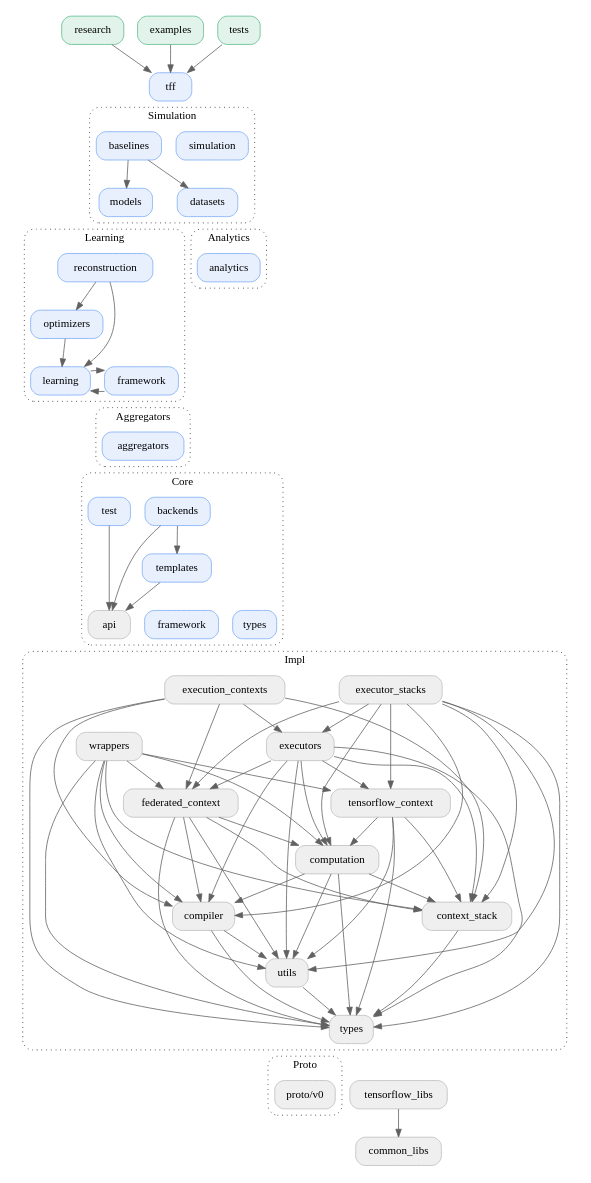
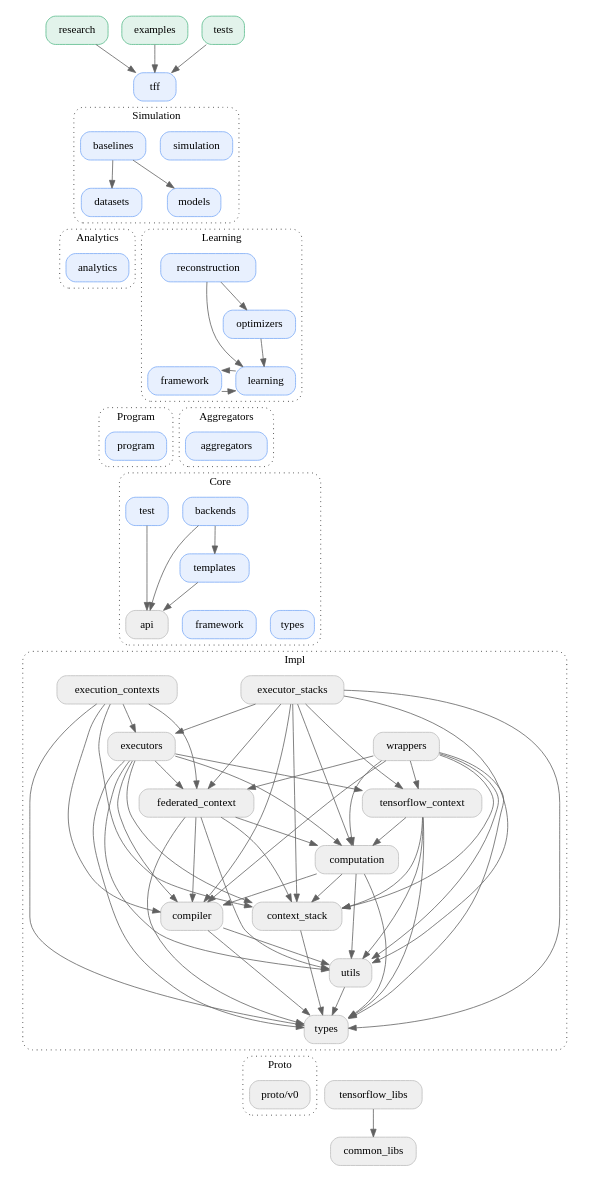
Before and after one commit to google-parfait/tensorflow-federated: the diagram in docs/design/package_structure.dot, drawn with Graphviz. The commit also changed 4 other files, not shown here.

```diff
--- a/docs/design/package_structure.dot
+++ b/docs/design/package_structure.dot
@@ -23,8 +23,6 @@
   simulation_baselines -> simulation_models
   simulation_baselines -> simulation_datasets
 
-  simulation_models -> learning_framework [arrowhead="none", style="invisible"]
-  simulation_models -> learning_optimizers [arrowhead="none", style="invisible"]
   simulation_models -> learning_reconstruction [arrowhead="none", style="invisible"]
   simulation_datasets -> analytics [arrowhead="none", style="invisible"]
 
@@ -44,6 +42,7 @@
   learning_framework -> learning [dir=back]
 
   learning -> aggregators [arrowhead="none", style="invisible"]
+  learning -> program [arrowhead="none", style="invisible"]
 
   subgraph cluster_learning {
     graph [label="Learning", href="https://github.com/tensorflow/federated/blob/main/tensorflow_federated/python/learning" target="_parent"]
@@ -55,6 +54,7 @@
 
   // Analytics
   analytics -> aggregators [arrowhead="none", style="invisible"]
+  analytics -> program [arrowhead="none", style="invisible"]
 
   subgraph cluster_analytics {
     graph [label="Analytics", href="https://github.com/tensorflow/federated/blob/main/tensorflow_federated/python/analytics" target="_parent"]
@@ -68,6 +68,15 @@
   subgraph cluster_aggregators {
     graph [label="Aggregators", href="https://github.com/tensorflow/federated/blob/main/tensorflow_federated/python/aggregators" target="_parent"]
     aggregators [href="https://github.com/tensorflow/federated/blob/main/tensorflow_federated/python/aggregators" target="_parent", fillcolor="#E8F0FE", color="#7BAAF7"]
+  }
+
+  // Program
+  program -> core_backends [arrowhead="none", style="invisible"]
+  program -> core_test [arrowhead="none", style="invisible"]
+
+  subgraph cluster_program {
+    graph [label="Program", href="https://github.com/tensorflow/federated/blob/main/tensorflow_federated/python/program" target="_parent"]
+    program [href="https://github.com/tensorflow/federated/blob/main/tensorflow_federated/python/program" target="_parent", fillcolor="#E8F0FE", color="#7BAAF7"]
   }
 
   // Core
```
